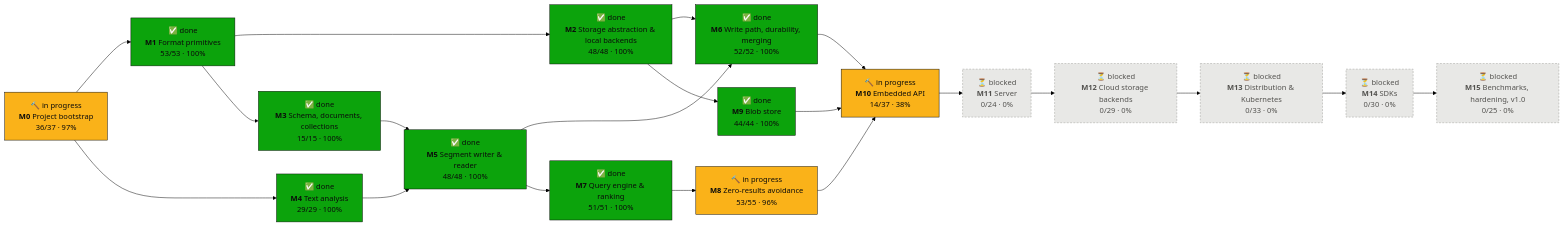
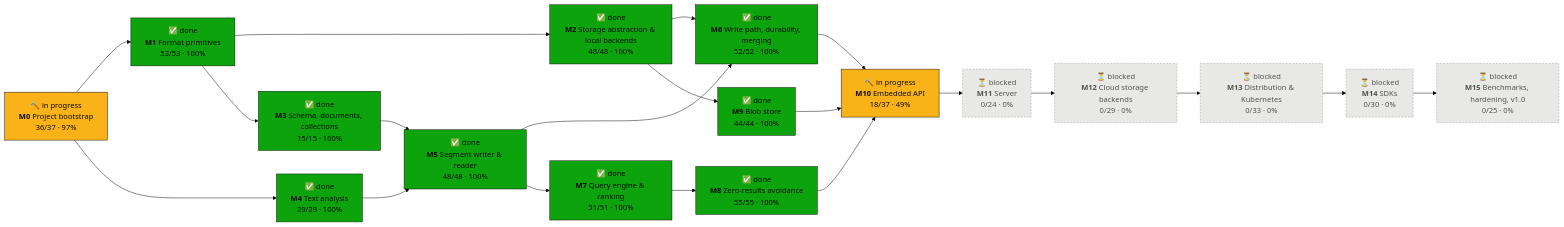
One commit to tomiok/persiaDB changed the first of 2 diagrams in PROGRESS.md. Above: the diagram before and after it, drawn with Mermaid (forest theme). The commit also changed other lines of this file and 3 other files, not shown here.

First line of the commit message:
docs(roadmap): tick wave 8 S leaves

````diff
--- a/PROGRESS.md
+++ b/PROGRESS.md
@@ -16,42 +16,42 @@
 ```mermaid
 flowchart LR
   M0["🔨 in progress<br/><b>M0</b> Project bootstrap<br/>36/37 · 97%"]:::doing
   M1["✅ done<br/><b>M1</b> Format primitives<br/>53/53 · 100%"]:::done
   M2["✅ done<br/><b>M2</b> Storage abstraction & local backends<br/>48/48 · 100%"]:::done
   M3["✅ done<br/><b>M3</b> Schema, documents, collections<br/>15/15 · 100%"]:::done
   M4["✅ done<br/><b>M4</b> Text analysis<br/>29/29 · 100%"]:::done
   M5["✅ done<br/><b>M5</b> Segment writer & reader<br/>48/48 · 100%"]:::done
   M6["✅ done<br/><b>M6</b> Write path, durability, merging<br/>52/52 · 100%"]:::done
   M7["✅ done<br/><b>M7</b> Query engine & ranking<br/>51/51 · 100%"]:::done
-  M8["🔨 in progress<br/><b>M8</b> Zero-results avoidance<br/>53/55 · 96%"]:::doing
+  M8["✅ done<br/><b>M8</b> Zero-results avoidance<br/>55/55 · 100%"]:::done
   M9["✅ done<br/><b>M9</b> Blob store<br/>44/44 · 100%"]:::done
-  M10["🔨 in progress<br/><b>M10</b> Embedded API<br/>14/37 · 38%"]:::doing
+  M10["🔨 in progress<br/><b>M10</b> Embedded API<br/>18/37 · 49%"]:::doing
   M11["⏳ blocked<br/><b>M11</b> Server<br/>0/24 · 0%"]:::blocked
   M12["⏳ blocked<br/><b>M12</b> Cloud storage backends<br/>0/29 · 0%"]:::blocked
   M13["⏳ blocked<br/><b>M13</b> Distribution & Kubernetes<br/>0/33 · 0%"]:::blocked
   M14["⏳ blocked<br/><b>M14</b> SDKs<br/>0/30 · 0%"]:::blocked
   M15["⏳ blocked<br/><b>M15</b> Benchmarks, hardening, v1.0<br/>0/25 · 0%"]:::blocked
   M0 --> M1
   M1 --> M2
   M1 --> M3
   M0 --> M4
   M3 --> M5
   M4 --> M5
   M2 --> M6
   M5 --> M6
   M5 --> M7
   M7 --> M8
   M2 --> M9
   M6 --> M10
   M8 --> M10
   M9 --> M10
   M10 --> M11
   M11 --> M12
   M12 --> M13
   M13 --> M14
   M14 --> M15
   classDef done fill:#0ca30c,stroke:#0b0b0b,color:#0b0b0b
   classDef doing fill:#fab219,stroke:#0b0b0b,color:#0b0b0b
   classDef ready fill:#fcfcfb,stroke:#0b0b0b,stroke-width:2px,color:#0b0b0b
   classDef blocked fill:#e8e8e6,stroke:#9a9a96,stroke-dasharray:4 3,color:#52514e
 ```
````
